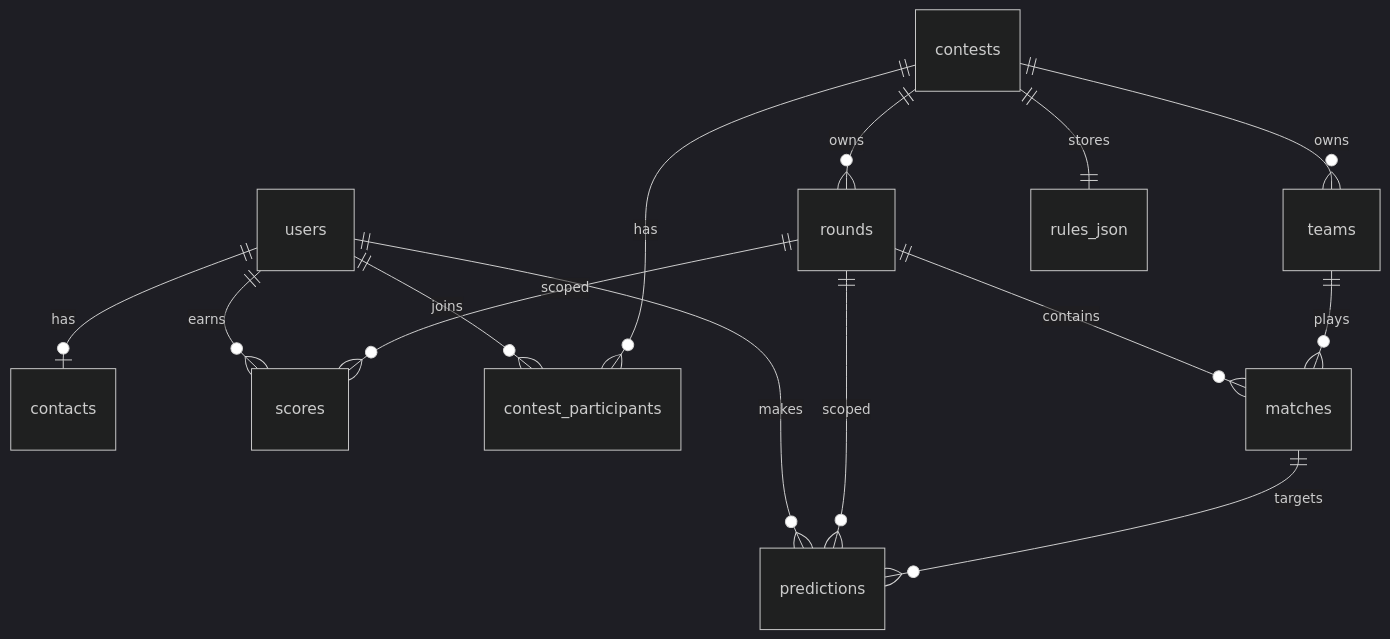
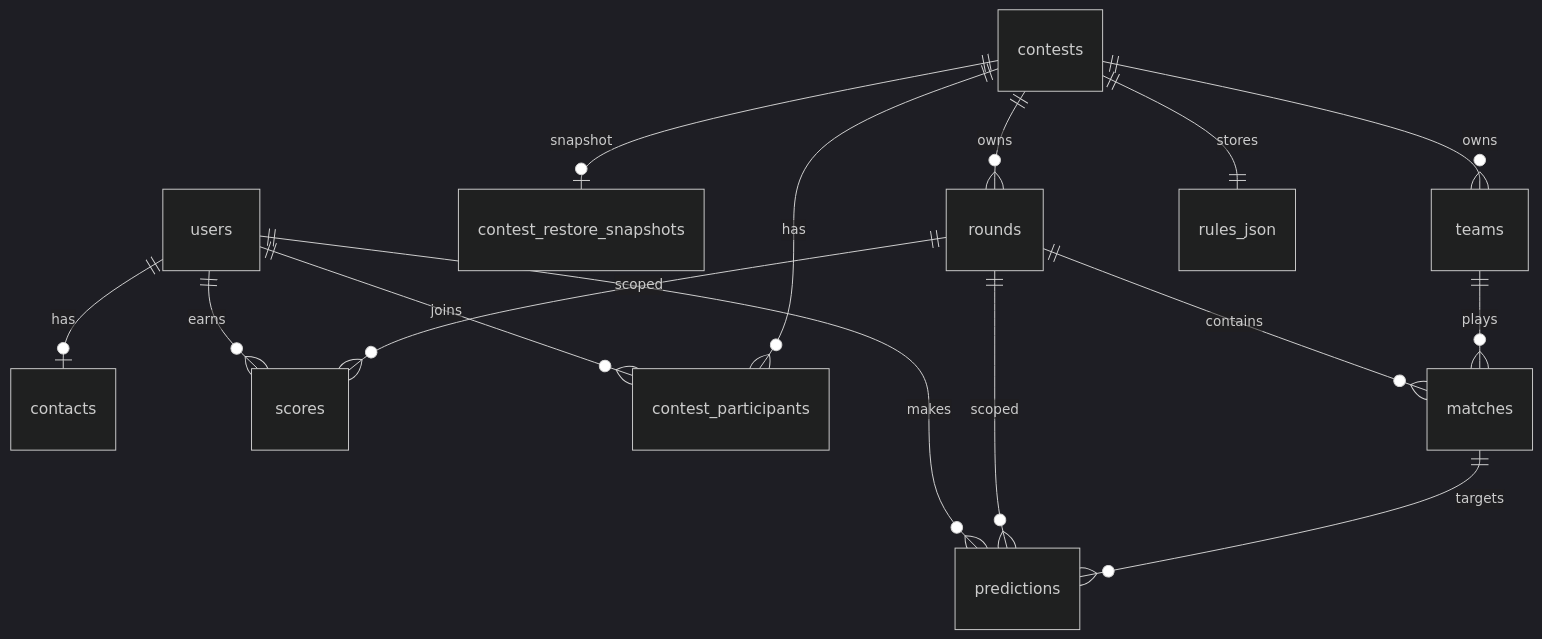
The diagram in manuals/DB_REFERENCE.md (VladimirPyat/football_prog), drawn with Mermaid (dark theme) before and after one commit. The commit also changed other lines of this file and 83 other files, not shown here.

````diff
--- a/manuals/DB_REFERENCE.md
+++ b/manuals/DB_REFERENCE.md
@@ -292,16 +311,17 @@
 ```mermaid
 erDiagram
     users ||--o| contacts : has
     users ||--o{ predictions : makes
     users ||--o{ scores : earns
     users ||--o{ contest_participants : joins
     contests ||--o{ contest_participants : has
+    contests ||--o| contest_restore_snapshots : snapshot
     contests ||--o{ teams : owns
     contests ||--o{ rounds : owns
     rounds ||--o{ matches : contains
     rounds ||--o{ predictions : scoped
     rounds ||--o{ scores : scoped
     teams ||--o{ matches : plays
     matches ||--o{ predictions : targets
     contests ||--|| rules_json : stores
 ```
````
